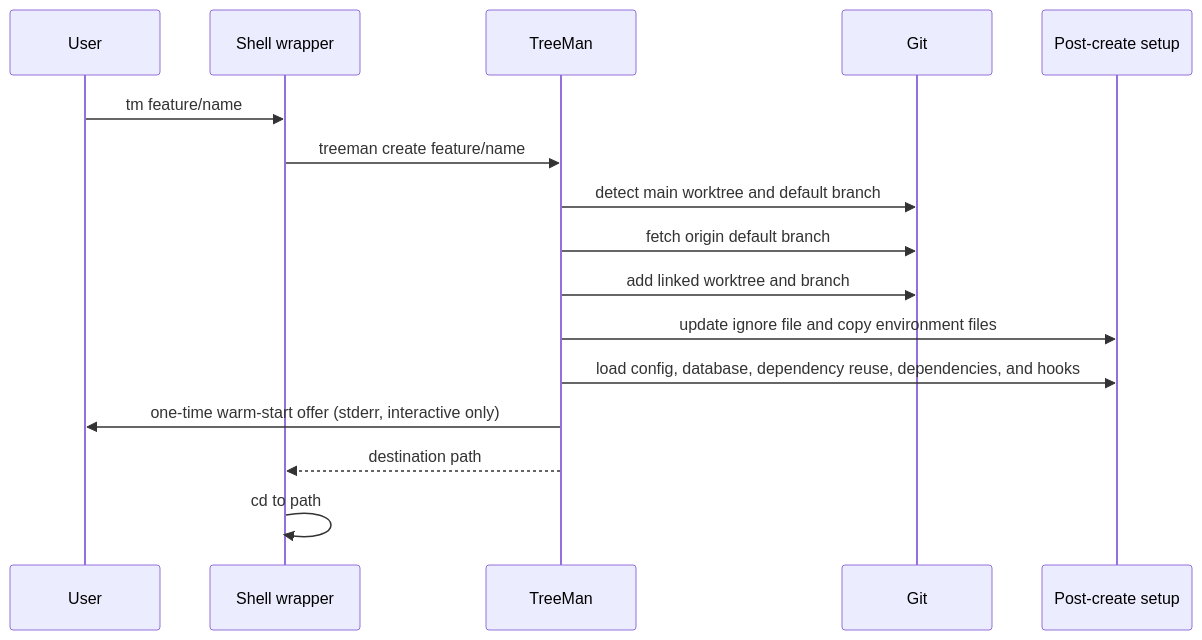
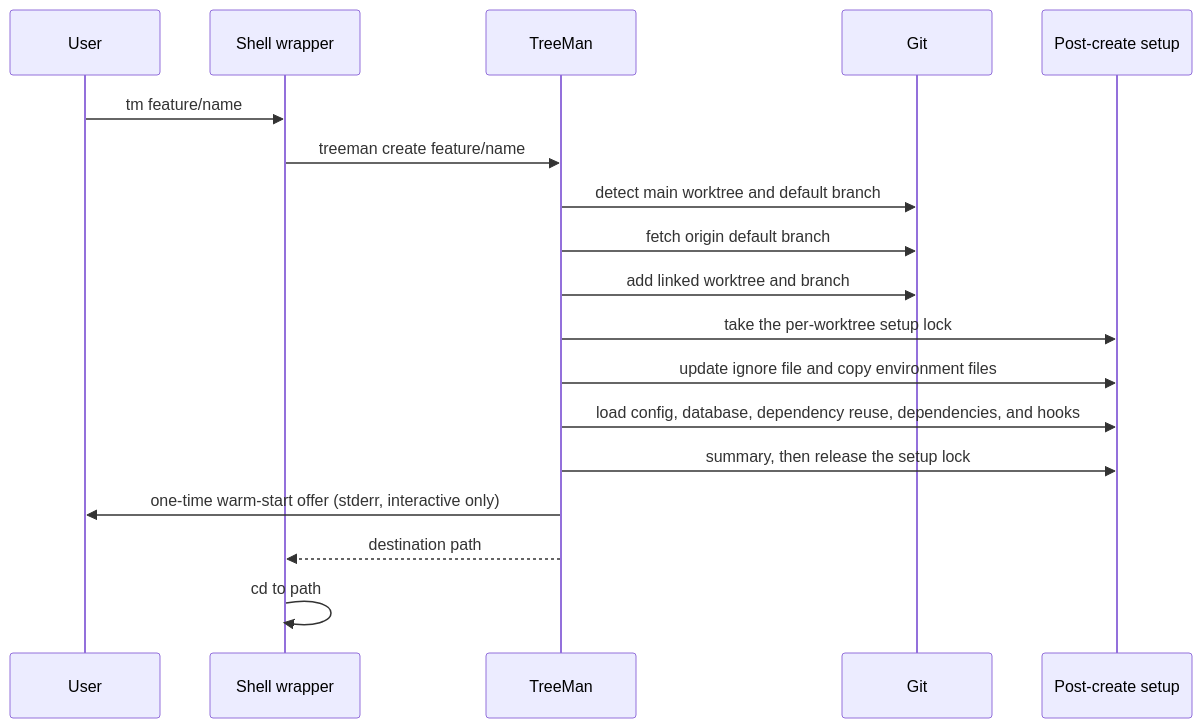
The first of 5 diagrams in docs/architecture/lifecycles.md (shoutcape/TreeMan), drawn with Mermaid before and after one commit. The commit also changed other lines of this file and 9 other files, not shown here.

````diff
--- a/docs/architecture/lifecycles.md
+++ b/docs/architecture/lifecycles.md
@@ -5,18 +5,20 @@
 ```mermaid
 sequenceDiagram
     participant User
     participant Shell as Shell wrapper
     participant CLI as TreeMan
     participant Git
     participant Setup as Post-create setup
     User->>Shell: tm feature/name
     Shell->>CLI: treeman create feature/name
     CLI->>Git: detect main worktree and default branch
     CLI->>Git: fetch origin default branch
     CLI->>Git: add linked worktree and branch
+    CLI->>Setup: take the per-worktree setup lock
     CLI->>Setup: update ignore file and copy environment files
     CLI->>Setup: load config, database, dependency reuse, dependencies, and hooks
+    CLI->>Setup: summary, then release the setup lock
     CLI->>User: one-time warm-start offer (stderr, interactive only)
     CLI-->>Shell: destination path
     Shell->>Shell: cd to path
 ```
````
